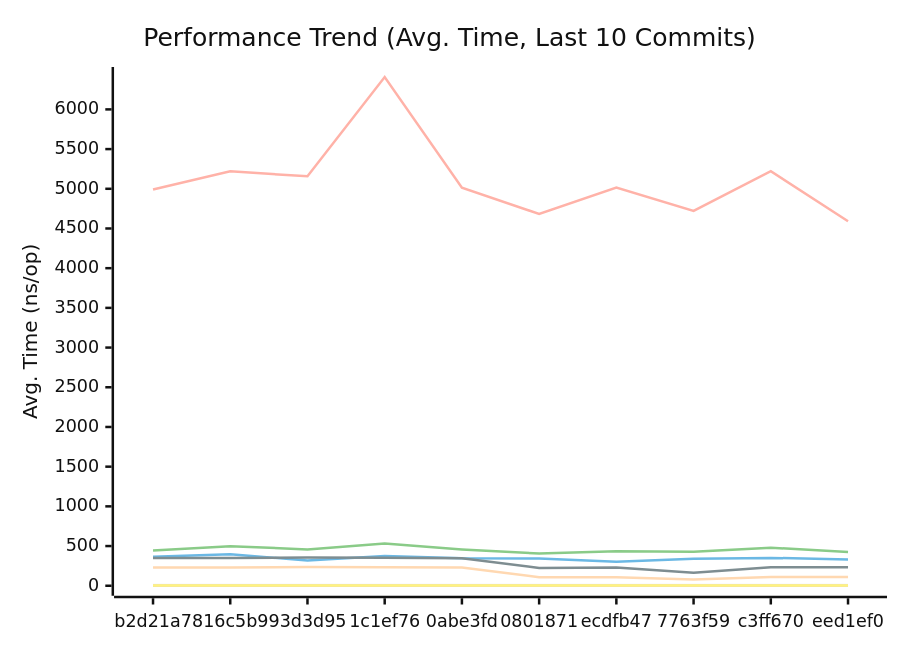
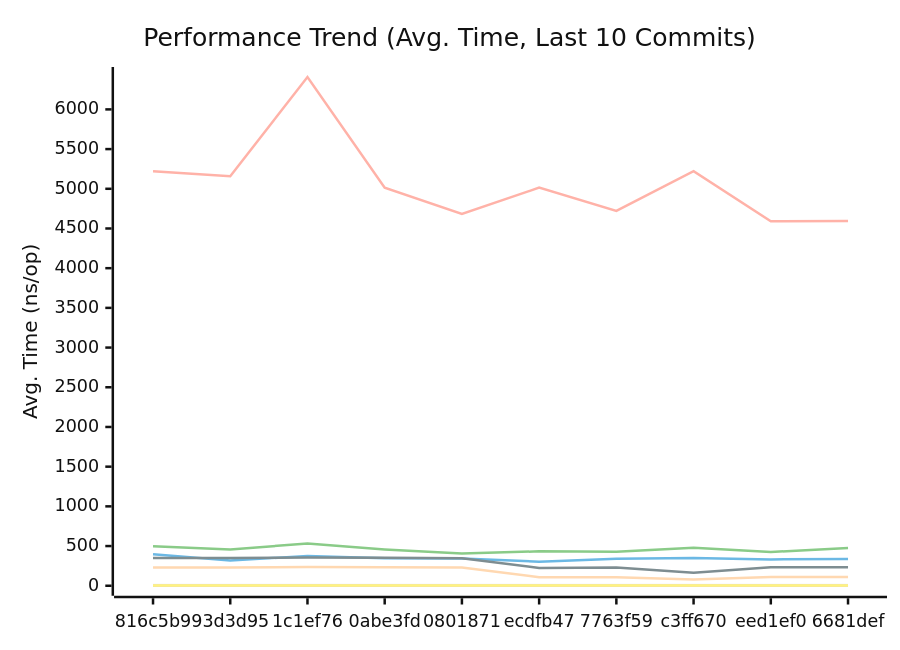
Before and after one commit to alsotoes/momo: the first of 3 diagrams in docs/PERFORMANCE.md, drawn with Mermaid (neutral theme). The commit also changed other lines of this file and 1 other file, not shown here.

````diff
--- a/docs/PERFORMANCE.md
+++ b/docs/PERFORMANCE.md
@@ -80,16 +80,16 @@
 ```mermaid
 xychart-beta
     title "Performance Trend (Avg. Time, Last 10 Commits)"
     x-axis "Commit"
     y-axis "Avg. Time (ns/op)"
-    x-axis [b2d21a7,816c5b9,93d3d95,1c1ef76,0abe3fd,0801871,ecdfb47,7763f59,c3ff670,eed1ef0]
-    line "CheckMetricsAndSwap" [9,11,8,8,8,11,9,9,8,9]
-    line "CrushOptimized" [365,398,317,376,346,342,303,340,351,332]
-    line "CrushOriginal" [445,499,458,531,458,405,434,429,480,425]
-    line "IndexDirectTracking" [0,0,0,0,0,1,0,0,0,0]
+    x-axis [816c5b9,93d3d95,1c1ef76,0abe3fd,0801871,ecdfb47,7763f59,c3ff670,eed1ef0,6681def]
+    line "CheckMetricsAndSwap" [11,8,8,8,11,9,9,8,9,10]
+    line "CrushOptimized" [398,317,376,346,342,303,340,351,332,337]
+    line "CrushOriginal" [499,458,531,458,405,434,429,480,425,474]
+    line "IndexDirectTracking" [0,0,0,0,1,0,0,0,0,0]
     line "IndexSearch" [2,2,2,2,2,2,2,2,2,2]
-    line "LoadGlobalConfig" [4992,5220,5157,6408,5015,4683,5014,4721,5222,4592]
+    line "LoadGlobalConfig" [5220,5157,6408,5015,4683,5014,4721,5222,4592,4595]
     line "PadString" [2,2,2,2,2,2,2,2,2,2]
     line "ParseReplicationOrder_NoPrealloc" [350,349,357,354,345,225,229,165,232,234]
     line "ParseReplicationOrder_Prealloc" [229,231,237,234,229,108,107,80,110,109]
 ```
````
